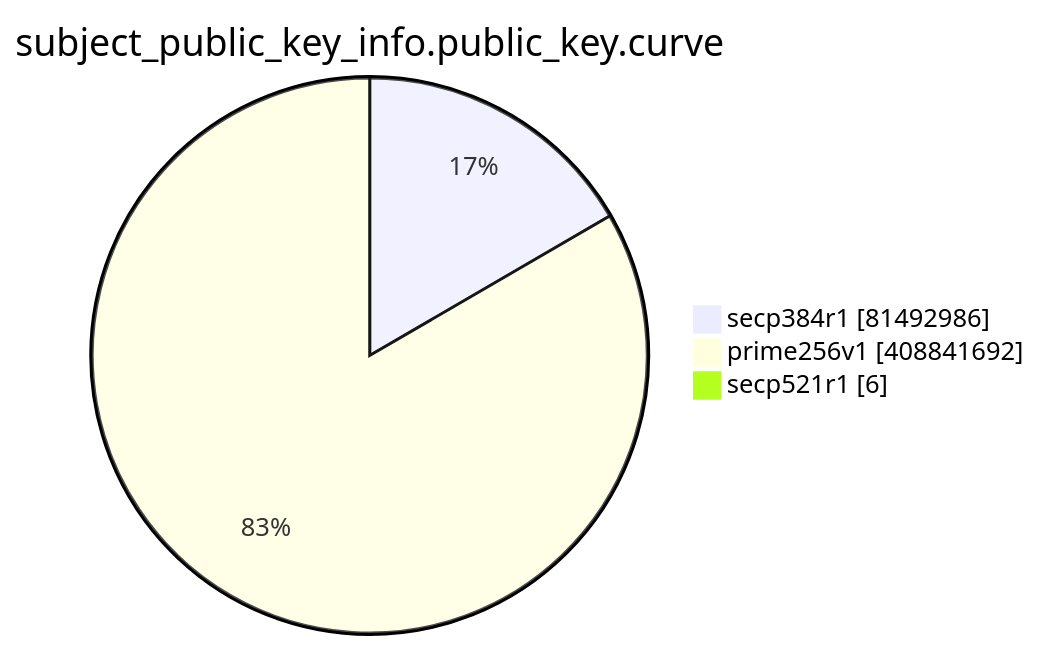
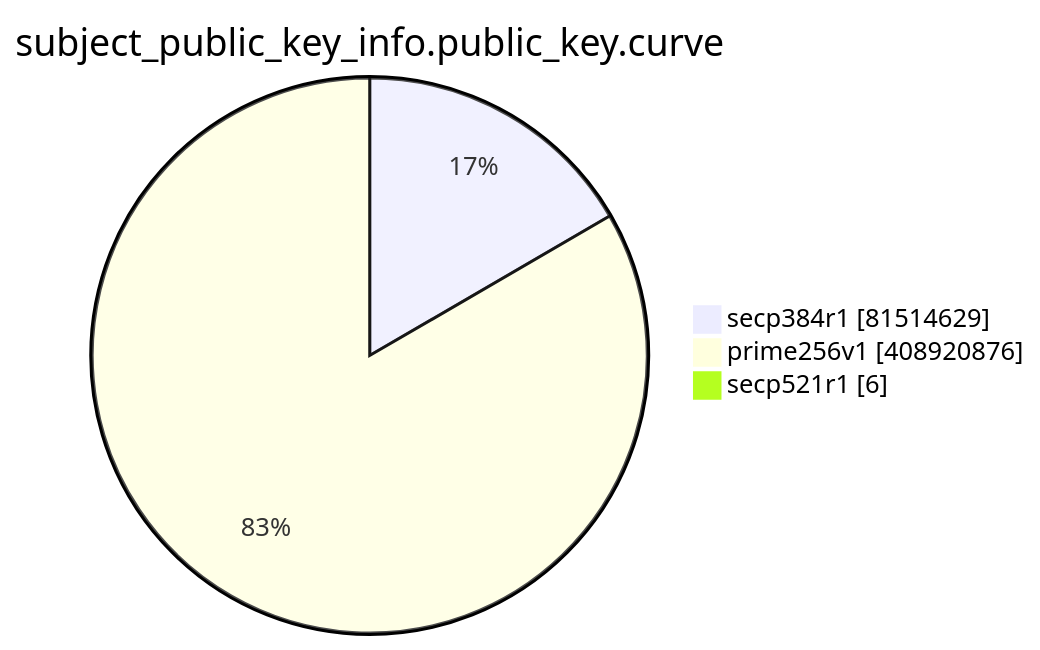
One commit to christiankrug/ctmonitor_visualization changed the eighth of 15 diagrams in TOTAL/README.md. Above: the diagram before and after it, drawn with Mermaid. The commit also changed other lines of this file, not shown here.

````diff
--- a/TOTAL/README.md
+++ b/TOTAL/README.md
@@ -3096,7 +3096,7 @@
 ```mermaid
 pie showData
 title subject_public_key_info.public_key.curve
-"secp384r1" :81492986
-"prime256v1" :408841692
+"secp384r1" :81514629
+"prime256v1" :408920876
 "secp521r1" :6
 ```
````
